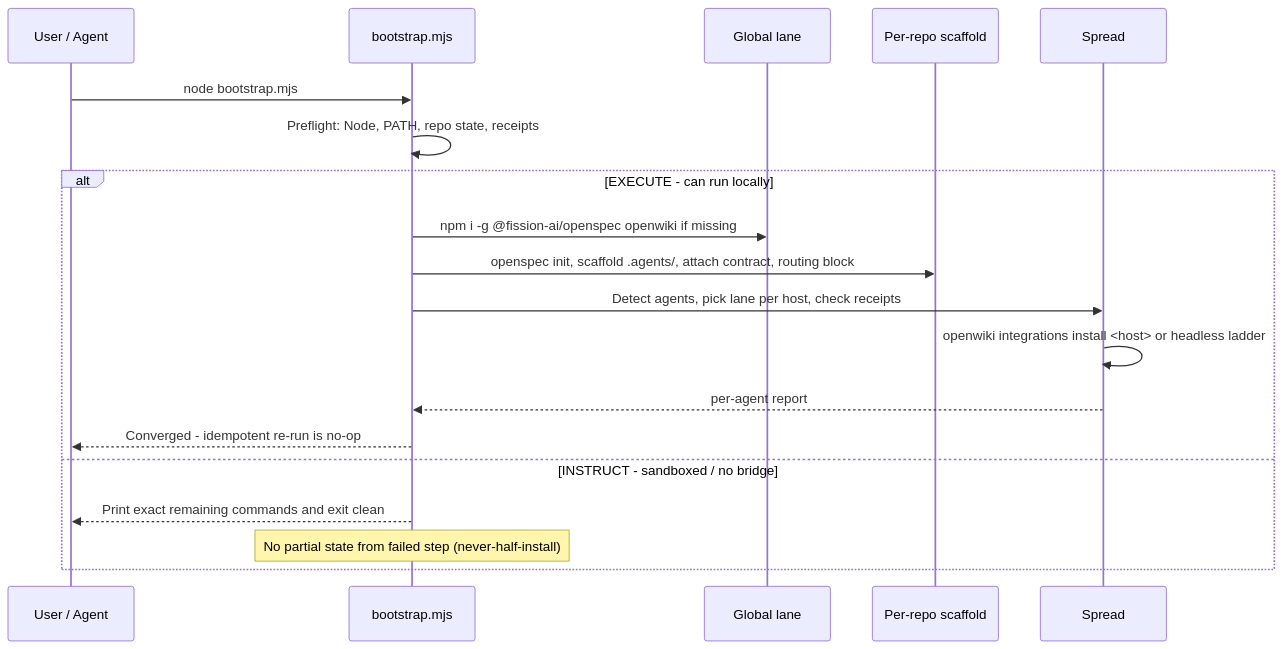
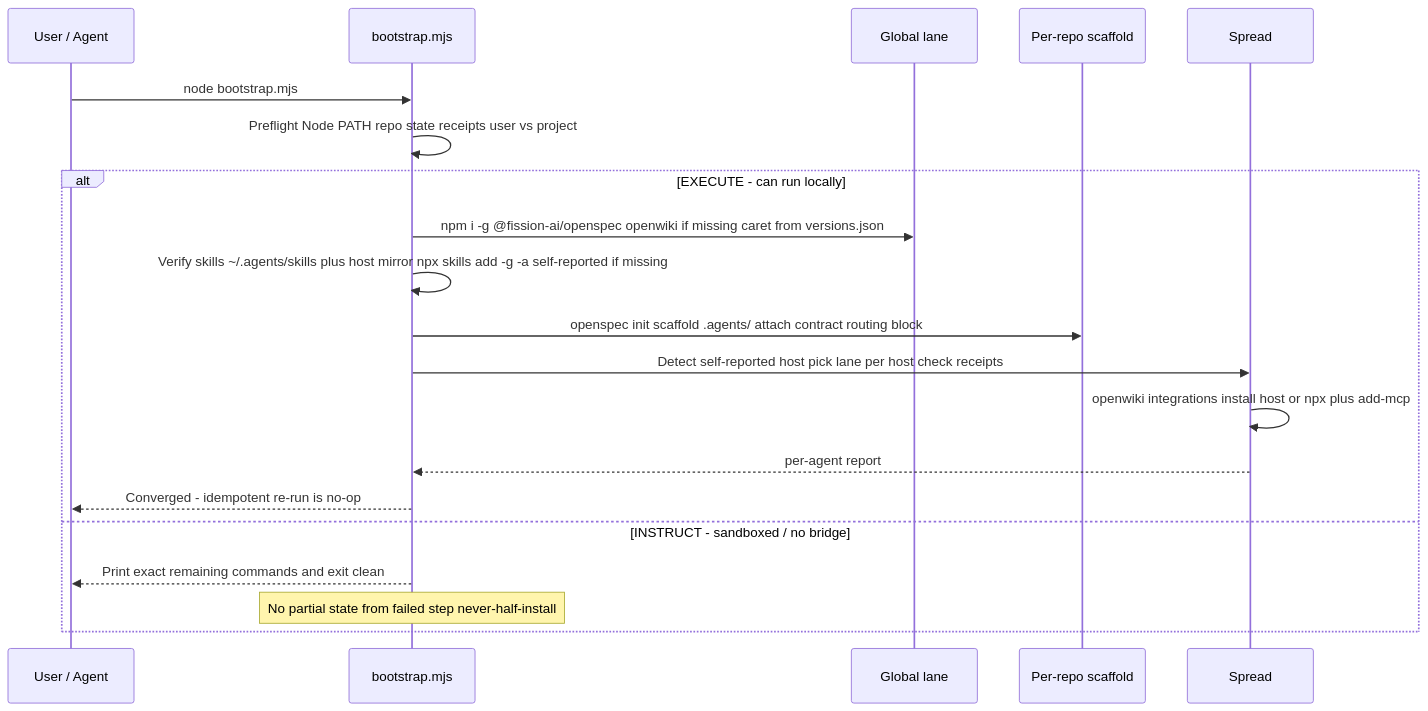
The second of 2 diagrams in openwiki/integrations/distribution-and-agent-spread.md (Hypercubed/Agent-Knowledge-Starter-Kit), drawn with Mermaid before and after one commit. The commit also changed other lines of this file and 175 other files, not shown here.

````diff
--- a/openwiki/integrations/distribution-and-agent-spread.md
+++ b/openwiki/integrations/distribution-and-agent-spread.md
@@ -115,22 +213,23 @@
 ```mermaid
 sequenceDiagram
     participant U as User / Agent
     participant B as bootstrap.mjs
     participant G as Global lane
     participant R as Per-repo scaffold
     participant S as Spread
 
     U->>B: node bootstrap.mjs
-    B->>B: Preflight: Node, PATH, repo state, receipts
+    B->>B: Preflight Node PATH repo state receipts user vs project
     alt EXECUTE - can run locally
-        B->>G: npm i -g @fission-ai/openspec openwiki if missing
-        B->>R: openspec init, scaffold .agents/, attach contract, routing block
-        B->>S: Detect agents, pick lane per host, check receipts
-        S->>S: openwiki integrations install <host> or headless ladder
+        B->>G: npm i -g @fission-ai/openspec openwiki if missing caret from versions.json
+        B->>B: Verify skills ~/.agents/skills plus host mirror npx skills add -g -a self-reported if missing
+        B->>R: openspec init scaffold .agents/ attach contract routing block
+        B->>S: Detect self-reported host pick lane per host check receipts
+        S->>S: openwiki integrations install host or npx plus add-mcp
         S-->>B: per-agent report
         B-->>U: Converged - idempotent re-run is no-op
     else INSTRUCT - sandboxed / no bridge
         B-->>U: Print exact remaining commands and exit clean
-        Note over B: No partial state from failed step (never-half-install)
+        Note over B: No partial state from failed step never-half-install
     end
 ```
````
